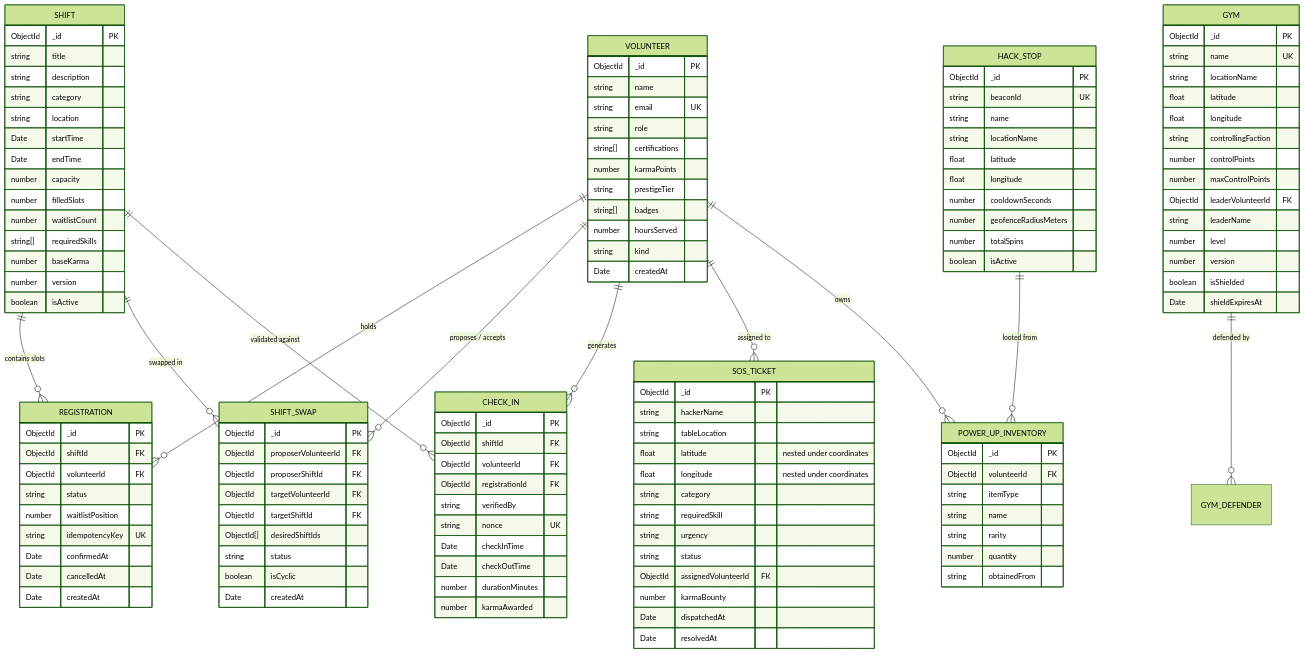
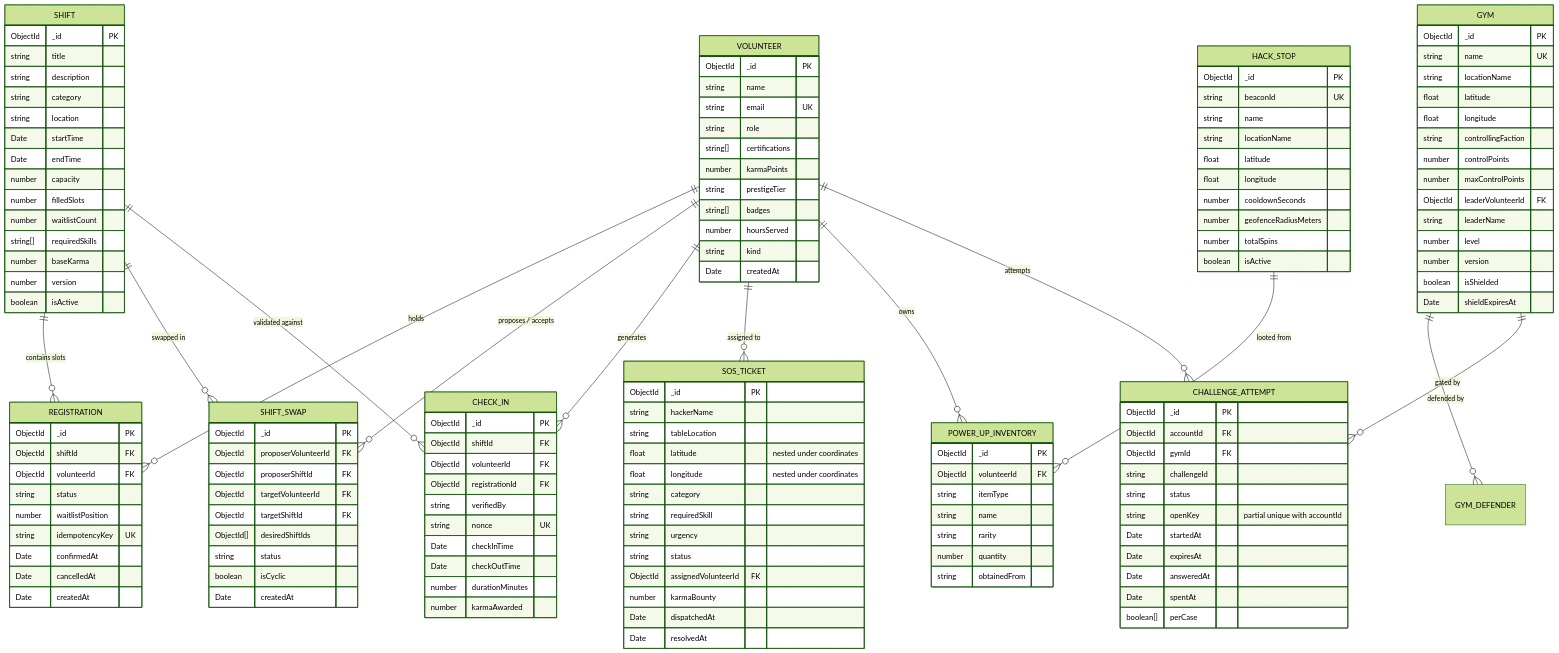
One commit to aritroBh/HackIllinois-2027-Systems-Coding-Challenge changed the second of 11 diagrams in ARCHITECTURE.md. Above: the diagram before and after it, drawn with Mermaid (forest theme). The commit also changed other lines of this file and 71 other files, not shown here.

```diff
--- a/ARCHITECTURE.md
+++ b/ARCHITECTURE.md
@@ -115,6 +116,8 @@
     SHIFT ||--o{ SHIFT_SWAP : "swapped in"
     SHIFT ||--o{ CHECK_IN : "validated against"
     GYM ||--o{ GYM_DEFENDER : "defended by"
+    GYM ||--o{ CHALLENGE_ATTEMPT : "gated by"
+    VOLUNTEER ||--o{ CHALLENGE_ATTEMPT : "attempts"
     HACK_STOP ||--o{ POWER_UP_INVENTORY : "looted from"
 
     VOLUNTEER {
@@ -218,6 +221,20 @@
         Date shieldExpiresAt
     }
 
+    CHALLENGE_ATTEMPT {
+        ObjectId _id PK
+        ObjectId accountId FK
+        ObjectId gymId FK
+        string challengeId
+        string status
+        string openKey "partial unique with accountId"
+        Date startedAt
+        Date expiresAt
+        Date answeredAt
+        Date spentAt
+        boolean[] perCase
+    }
+
     HACK_STOP {
         ObjectId _id PK
         string beaconId UK
```
